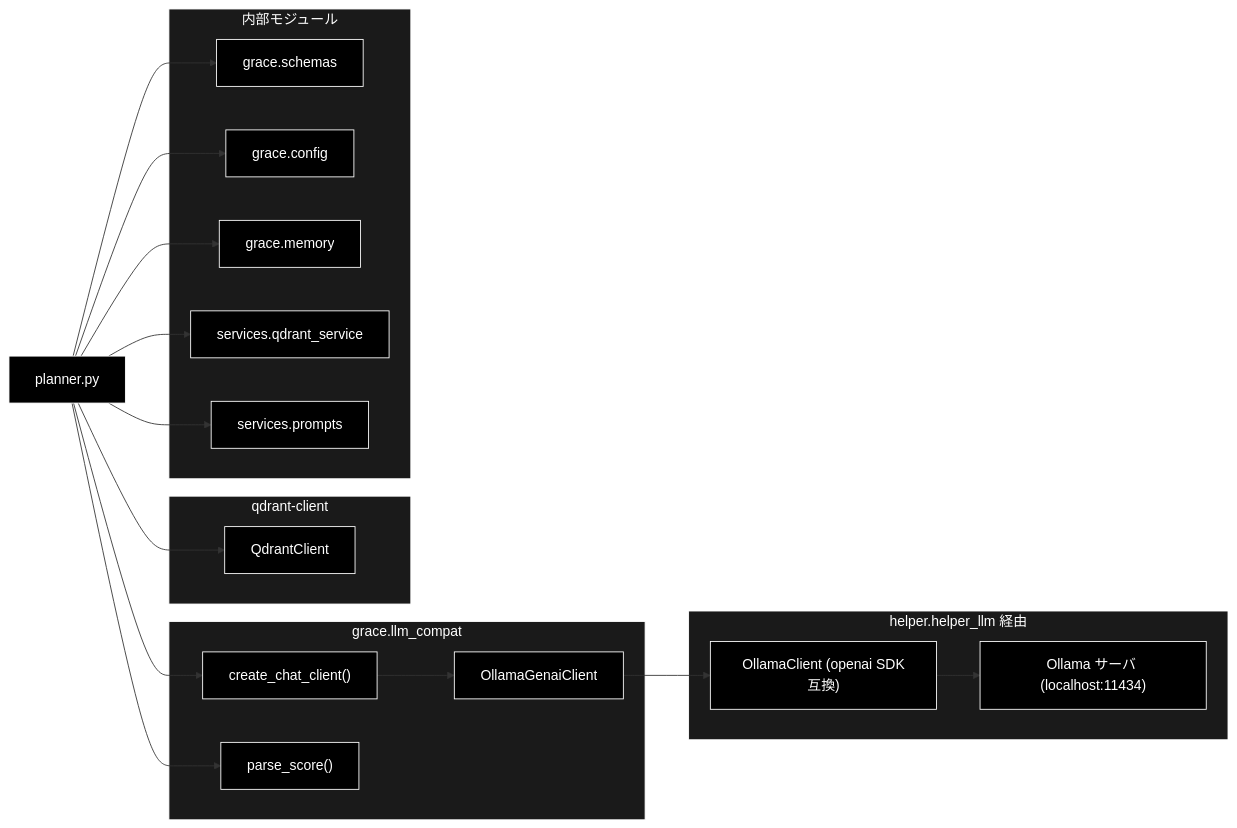
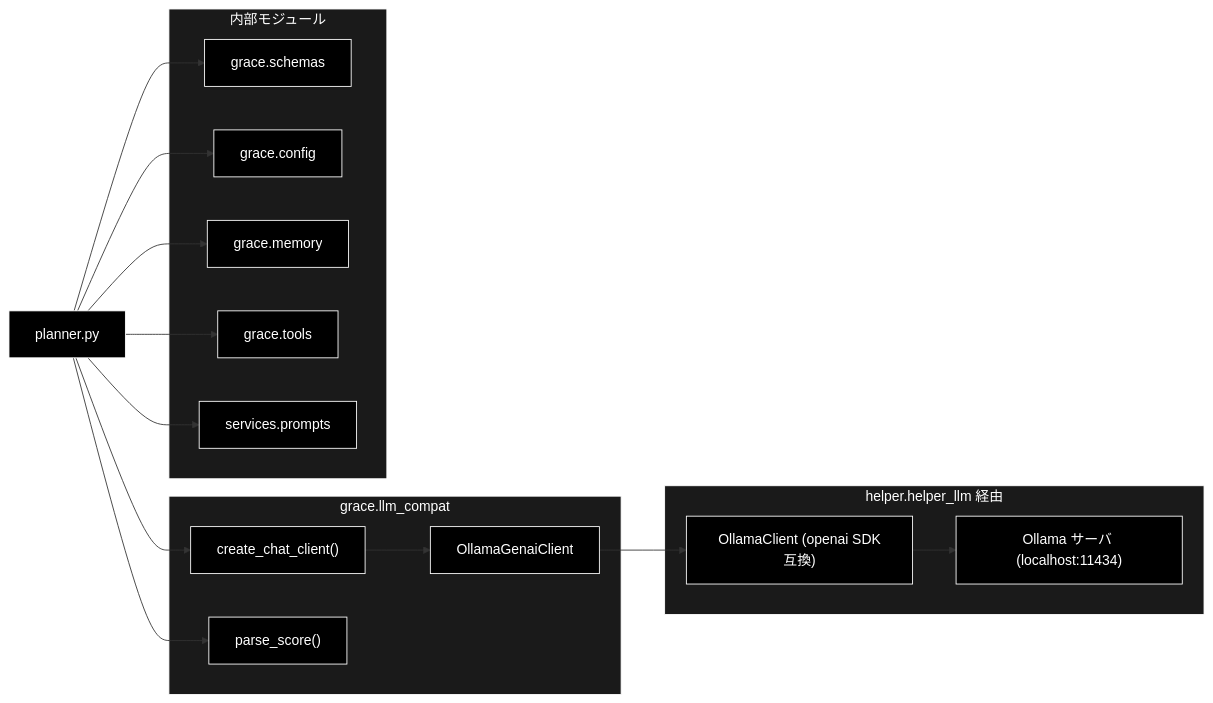
One commit to nakashima2toshio/grace_v2_local changed the third of 3 diagrams in grace/docs/planner.md. Above: the diagram before and after it, drawn with Mermaid. The commit also changed other lines of this file and 12 other files, not shown here.

First line of the commit message:
fix(planner): 実行メモリ・Planner のコレクション選択と設定の読み込みを grace_v2 に揃える

````diff
--- a/grace/docs/planner.md
+++ b/grace/docs/planner.md
@@ -1400,46 +1498,40 @@
 ```mermaid
 flowchart LR
     PLANNER["planner.py"]
 
     subgraph LLMCOMPAT["grace.llm_compat"]
         CLIENT["create_chat_client()"]
         OLLAMACLIENT["OllamaGenaiClient"]
         SCORE["parse_score()"]
     end
 
     subgraph OLLAMA["helper.helper_llm 経由"]
         HELPERLLM["OllamaClient (openai SDK互換)"]
         OLLAMASRV["Ollama サーバ (localhost:11434)"]
     end
 
-    subgraph QDRANT["qdrant-client"]
-        QC["QdrantClient"]
-    end
-
     subgraph INTERNAL["内部モジュール"]
         SCHEMAS["grace.schemas"]
         CONFIG["grace.config"]
         MEMORY["grace.memory"]
-        QSVC["services.qdrant_service"]
+        TOOLS["grace.tools"]
         PROMPTS["services.prompts"]
     end
 
     PLANNER --> CLIENT
     PLANNER --> SCORE
     CLIENT --> OLLAMACLIENT
     OLLAMACLIENT --> HELPERLLM
     HELPERLLM --> OLLAMASRV
-    PLANNER --> QC
     PLANNER --> SCHEMAS
     PLANNER --> CONFIG
     PLANNER --> MEMORY
-    PLANNER --> QSVC
+    PLANNER --> TOOLS
     PLANNER --> PROMPTS
 classDef default fill:#000,stroke:#fff,color:#fff
 classDef subgraphStyle fill:#1a1a1a,stroke:#fff,color:#fff
-class PLANNER,CLIENT,OLLAMACLIENT,SCORE,HELPERLLM,OLLAMASRV,QC,SCHEMAS,CONFIG,MEMORY,QSVC,PROMPTS default
+class PLANNER,CLIENT,OLLAMACLIENT,SCORE,HELPERLLM,OLLAMASRV,SCHEMAS,CONFIG,MEMORY,TOOLS,PROMPTS default
 style LLMCOMPAT fill:#1a1a1a,stroke:#fff,color:#fff
 style OLLAMA fill:#1a1a1a,stroke:#fff,color:#fff
-style QDRANT fill:#1a1a1a,stroke:#fff,color:#fff
 style INTERNAL fill:#1a1a1a,stroke:#fff,color:#fff
 ```
````
